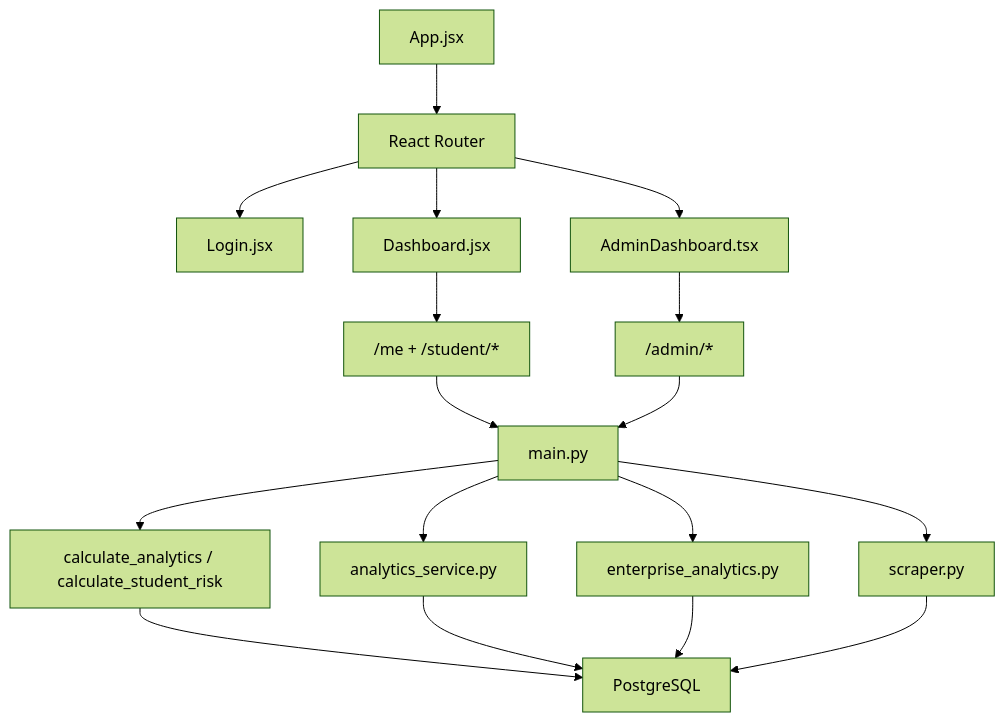
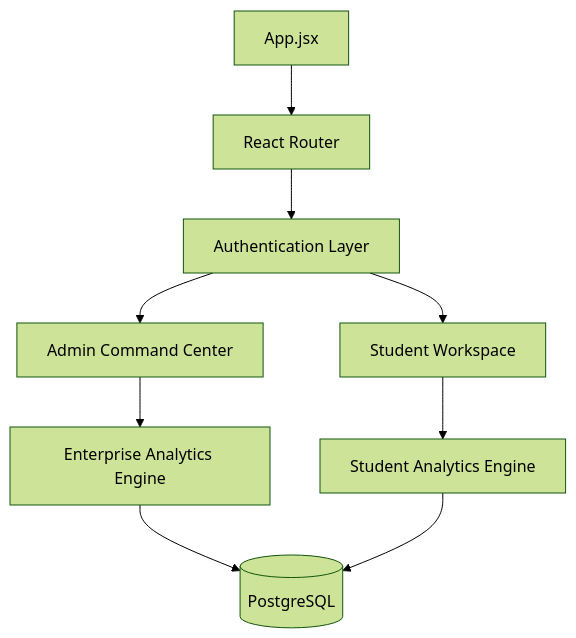
Before and after one commit to codewithsakthi/automation: the second of 2 diagrams in spark-workflow.md, drawn with Mermaid (forest theme). The commit also changed other lines of this file and 12 other files, not shown here.

Commit message:
feat: Implement initial backend infrastructure for student management, authentication, and comprehensive analytics, including admin dashboard schemas.

````diff
--- a/spark-workflow.md
+++ b/spark-workflow.md
@@ -143,23 +72,13 @@
 ```mermaid
 flowchart TD
     App["App.jsx"] --> Router["React Router"]
-    Router --> Login["Login.jsx"]
-    Router --> StudentDash["Dashboard.jsx"]
-    Router --> AdminDash["AdminDashboard.tsx"]
+    Router --> Auth["Authentication Layer"]
+    Auth --> StudentDash["Student Workspace"]
+    Auth --> AdminDash["Admin Command Center"]
 
-    StudentDash --> StudentAPI["/me + /student/*"]
-    AdminDash --> AdminAPI["/admin/*"]
+    AdminDash --> EntAPI["Enterprise Analytics Engine"]
+    StudentDash --> StdAPI["Student Analytics Engine"]
 
-    StudentAPI --> Main["main.py"]
-    AdminAPI --> Main
-
-    Main --> StudentAnalytics["calculate_analytics / calculate_student_risk"]
-    Main --> HODAnalytics["analytics_service.py"]
-    Main --> Enterprise["enterprise_analytics.py"]
-    Main --> Scrape["scraper.py"]
-
-    StudentAnalytics --> DB["PostgreSQL"]
-    HODAnalytics --> DB
-    Enterprise --> DB
-    Scrape --> DB
+    EntAPI --> DB[(PostgreSQL)]
+    StdAPI --> DB
 ```
````
